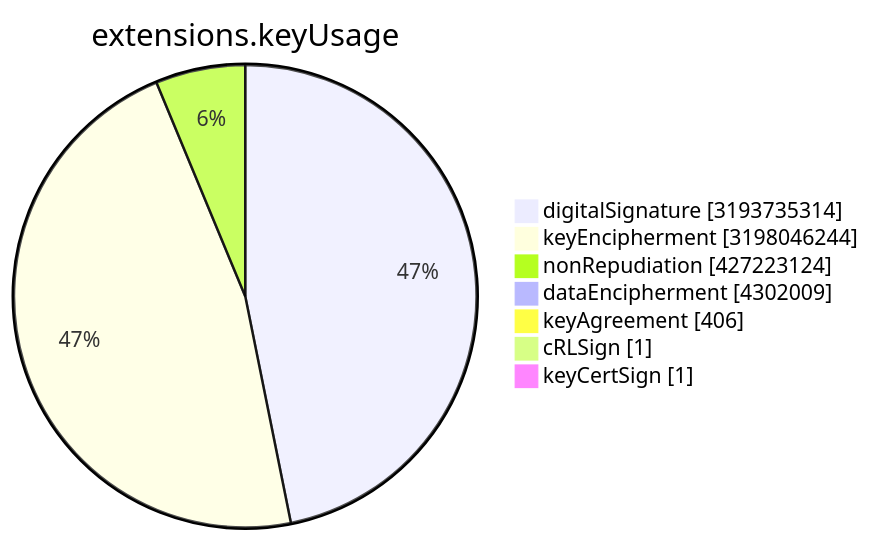
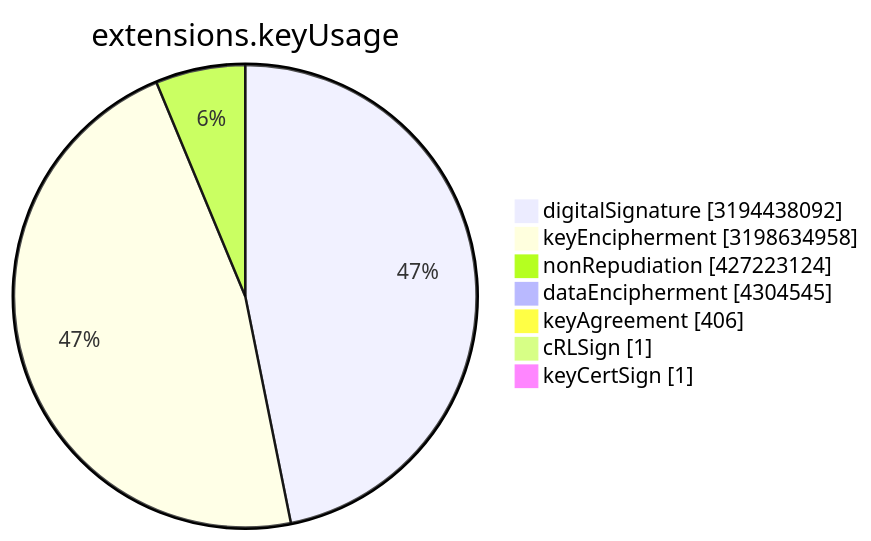
One commit to christiankrug/ctmonitor_visualization changed the sixth of 15 diagrams in TOTAL/README.md. Above: the diagram before and after it, drawn with Mermaid. The commit also changed other lines of this file, not shown here.

````diff
--- a/TOTAL/README.md
+++ b/TOTAL/README.md
@@ -3077,11 +3077,11 @@
 ```mermaid
 pie showData
 title extensions.keyUsage
-"digitalSignature" :3193735314
-"keyEncipherment" :3198046244
+"digitalSignature" :3194438092
+"keyEncipherment" :3198634958
 "nonRepudiation" :427223124
-"dataEncipherment" :4302009
+"dataEncipherment" :4304545
 "keyAgreement" :406
 "cRLSign" :1
 "keyCertSign" :1
 ```
````
